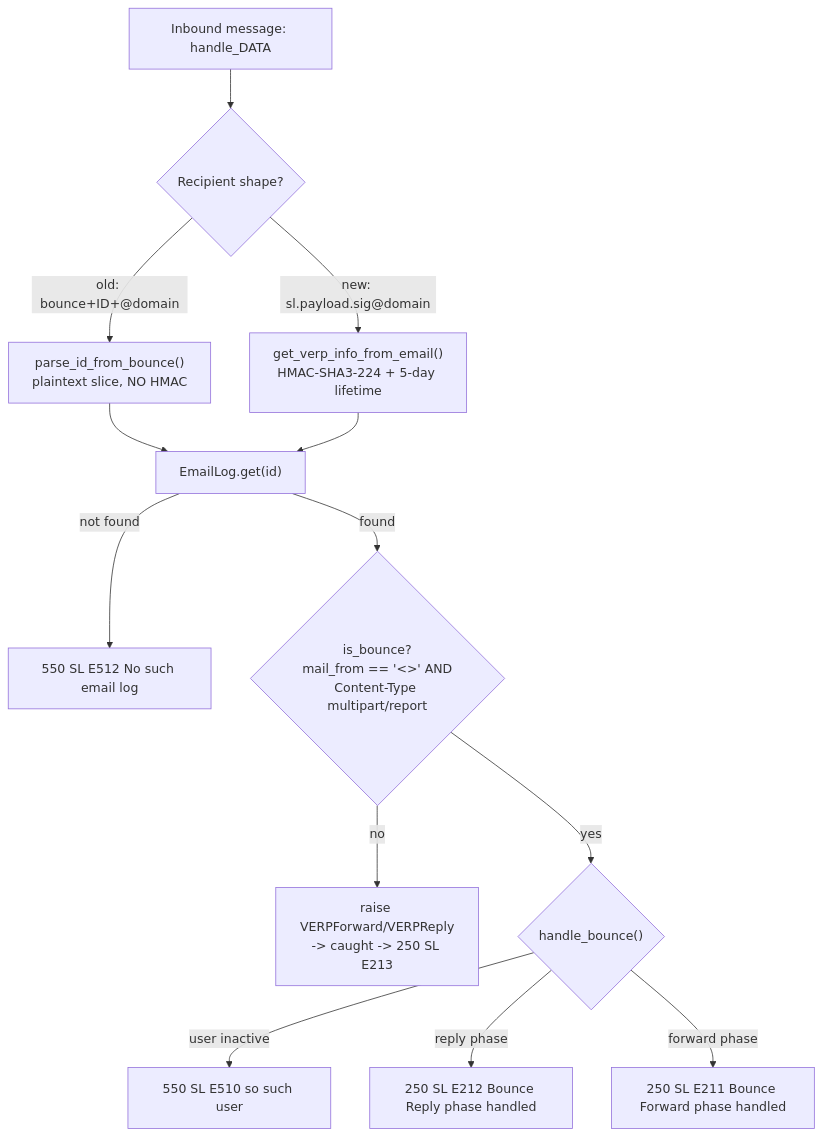
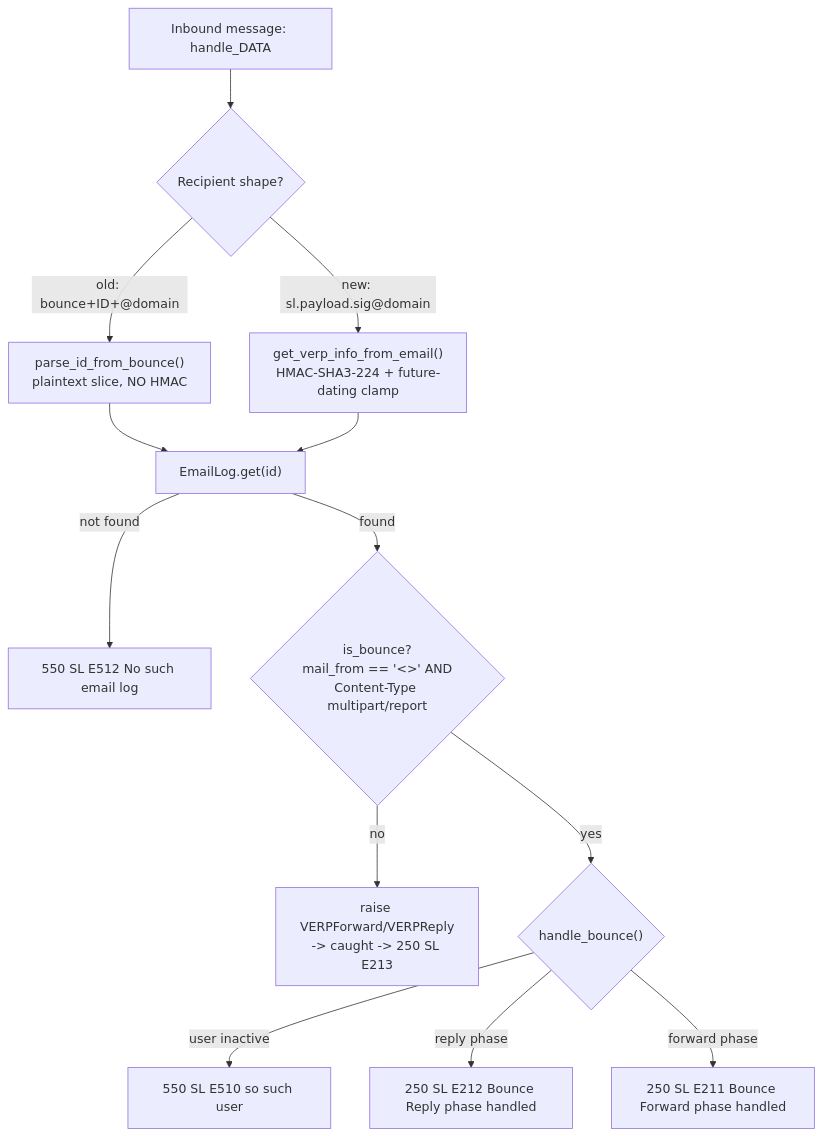
The diagram in blitzy/documentation/app_2cd6ee777f8c.md (blitzy-research/app), drawn with Mermaid before and after one commit. The commit also changed other lines of this file, not shown here.

````diff
--- a/blitzy/documentation/app_2cd6ee777f8c.md
+++ b/blitzy/documentation/app_2cd6ee777f8c.md
@@ -192,15 +195,15 @@
 ```mermaid
 flowchart TD
     A[Inbound message: handle_DATA] --> B{Recipient shape?}
     B -->|"old: bounce+ID+@domain"| C["parse_id_from_bounce()<br/>plaintext slice, NO HMAC"]
-    B -->|"new: sl.payload.sig@domain"| D["get_verp_info_from_email()<br/>HMAC-SHA3-224 + 5-day lifetime"]
+    B -->|"new: sl.payload.sig@domain"| D["get_verp_info_from_email()<br/>HMAC-SHA3-224 + future-dating clamp"]
     C --> E["EmailLog.get(id)"]
     D --> E
     E -->|not found| F["550 SL E512 No such email log"]
     E -->|found| G{"is_bounce?<br/>mail_from == '<>' AND<br/>Content-Type multipart/report"}
     G -->|no| H["raise VERPForward/VERPReply<br/>-> caught -> 250 SL E213"]
     G -->|yes| I{"handle_bounce()"}
     I -->|user inactive| J["550 SL E510 so such user"]
     I -->|reply phase| K["250 SL E212 Bounce Reply phase handled"]
     I -->|forward phase| L["250 SL E211 Bounce Forward phase handled"]
 ```
````
